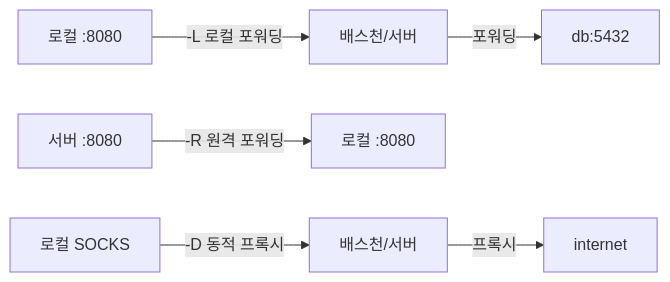
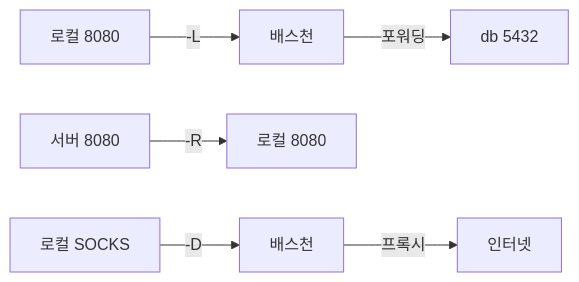
One commit to moonblueblue/devops-wiki changed the first of 5 diagrams in content/linux/network-basics/ssh.md. Above: the diagram before and after it, drawn with Mermaid. The commit also changed other lines of this file and 37 other files, not shown here.

First line of the commit message:
style: linux 카테고리 ASCII 도표·Mermaid 라벨 형식 교정

````diff
--- a/content/linux/network-basics/ssh.md
+++ b/content/linux/network-basics/ssh.md
@@ -391,10 +390,10 @@
 ```mermaid
 graph LR
-    L1["로컬 :8080"] -->|"-L 로컬 포워딩"| S["배스천/서버"]
-    S -->|포워딩| D1["db:5432"]
+    L1["로컬 8080"] -->|-L| S["배스천"]
+    S -->|포워딩| D1["db 5432"]
 
-    S2["서버 :8080"] -->|"-R 원격 포워딩"| L2["로컬 :8080"]
+    S2["서버 8080"] -->|-R| L2["로컬 8080"]
 
-    L3["로컬 SOCKS"] -->|"-D 동적 프록시"| S3["배스천/서버"]
-    S3 -->|프록시| I["internet"]
+    L3["로컬 SOCKS"] -->|-D| S3["배스천"]
+    S3 -->|프록시| I["인터넷"]
 ```
````
